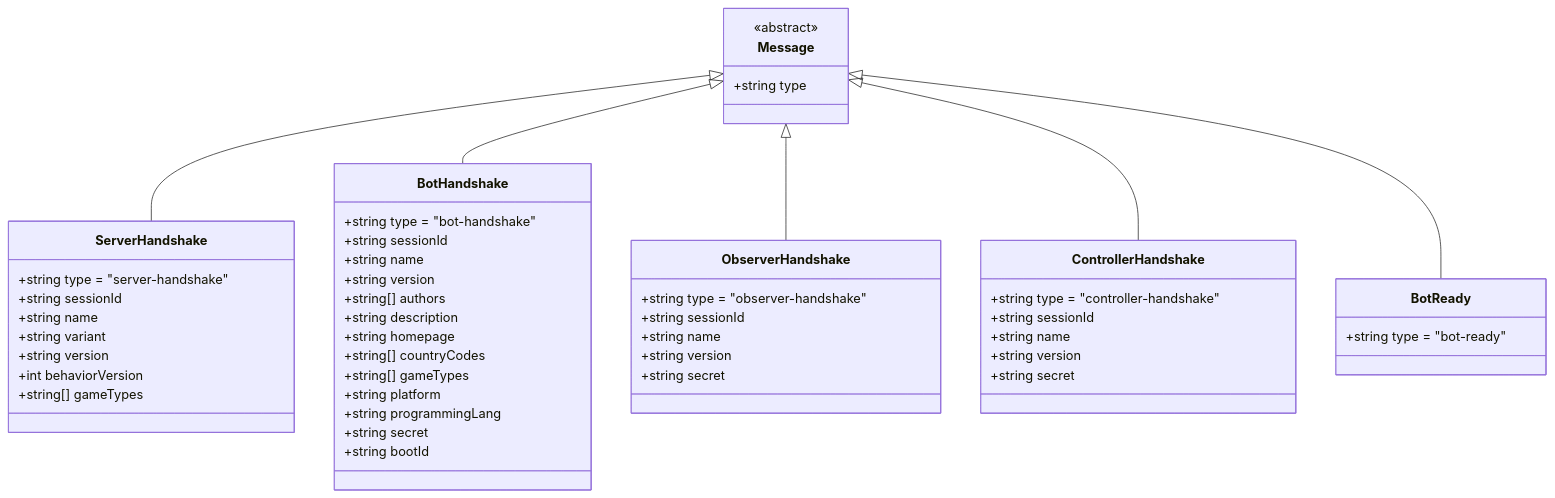
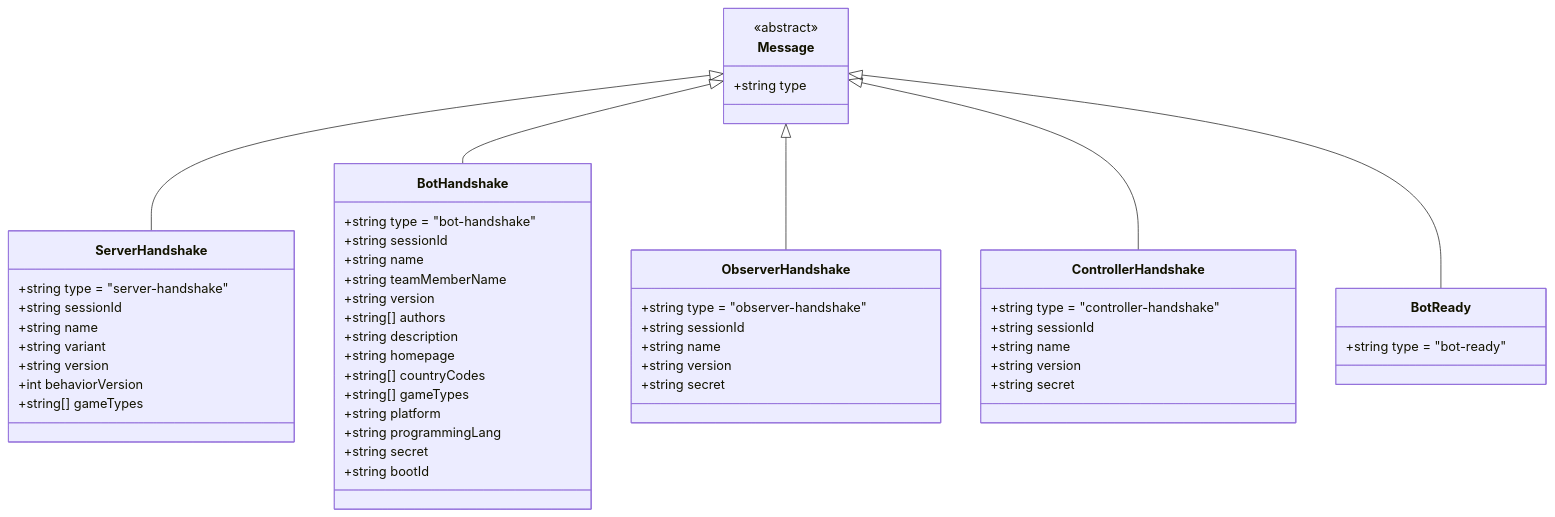
The third of 11 diagrams in docs/architecture/models/message-schema/handshakes.md (robocode-dev/tank-royale), drawn with Mermaid before and after one commit. The commit also changed other lines of this file and 73 other files, not shown here.

````diff
--- a/docs/architecture/models/message-schema/handshakes.md
+++ b/docs/architecture/models/message-schema/handshakes.md
@@ -83,59 +83,60 @@
 ```mermaid
 classDiagram
     class Message {
         <<abstract>>
         +string type
     }
 
     class ServerHandshake {
         +string type = "server-handshake"
         +string sessionId
         +string name
         +string variant
         +string version
         +int behaviorVersion
         +string[] gameTypes
     }
 
     class BotHandshake {
         +string type = "bot-handshake"
         +string sessionId
         +string name
+        +string teamMemberName
         +string version
         +string[] authors
         +string description
         +string homepage
         +string[] countryCodes
         +string[] gameTypes
         +string platform
         +string programmingLang
         +string secret
         +string bootId
     }
 
     class ObserverHandshake {
         +string type = "observer-handshake"
         +string sessionId
         +string name
         +string version
         +string secret
     }
 
     class ControllerHandshake {
         +string type = "controller-handshake"
         +string sessionId
         +string name
         +string version
         +string secret
     }
 
     class BotReady {
         +string type = "bot-ready"
     }
 
     Message <|-- ServerHandshake
     Message <|-- BotHandshake
     Message <|-- ObserverHandshake
     Message <|-- ControllerHandshake
     Message <|-- BotReady
 ```
````
